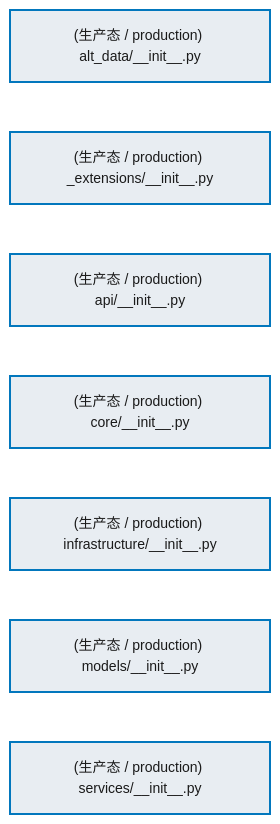
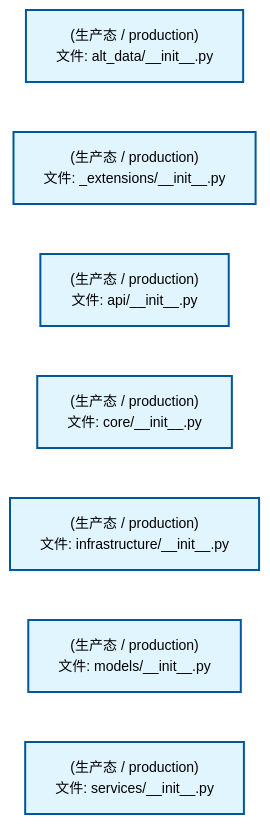
One commit to xuanFelixVan/ZephyrAlpha changed the second of 2 diagrams in docs/02_enterprise_architecture/02_domain_architecture_docs/09_d_alt_data.md. Above: the diagram before and after it, drawn with Mermaid. The commit also changed other lines of this file and 75 other files, not shown here.

````diff
--- a/docs/02_enterprise_architecture/02_domain_architecture_docs/09_d_alt_data.md
+++ b/docs/02_enterprise_architecture/02_domain_architecture_docs/09_d_alt_data.md
@@ -96,22 +96,22 @@
 ```mermaid
 %%{init: {'theme': 'base', 'themeVariables': {'primaryColor': '#eaeaea', 'primaryTextColor': '#333333', 'primaryBorderColor': '#666666', 'lineColor': '#666666', 'secondaryColor': '#eaeaea', 'tertiaryColor': '#eaeaea', 'fontSize': '14px'}}}%%
 flowchart TD
-    src_zephyr_alt_data_init_py["(生产态 / production) alt_data/__init__.py"]
-    src_zephyr_alt_data_extensions_init_py["(生产态 / production) _extensions/__init__.py"]
-    src_zephyr_alt_data_api_init_py["(生产态 / production) api/__init__.py"]
-    src_zephyr_alt_data_core_init_py["(生产态 / production) core/__init__.py"]
-    src_zephyr_alt_data_infrastructure_init_py["(生产态 / production) infrastructure/__init__.py"]
-    src_zephyr_alt_data_models_init_py["(生产态 / production) models/__init__.py"]
-    src_zephyr_alt_data_services_init_py["(生产态 / production) services/__init__.py"]
+    src_zephyr_alt_data_init_py["(生产态 / production)<br/>文件: alt_data/__init__.py"]
+    src_zephyr_alt_data_extensions_init_py["(生产态 / production)<br/>文件: _extensions/__init__.py"]
+    src_zephyr_alt_data_api_init_py["(生产态 / production)<br/>文件: api/__init__.py"]
+    src_zephyr_alt_data_core_init_py["(生产态 / production)<br/>文件: core/__init__.py"]
+    src_zephyr_alt_data_infrastructure_init_py["(生产态 / production)<br/>文件: infrastructure/__init__.py"]
+    src_zephyr_alt_data_models_init_py["(生产态 / production)<br/>文件: models/__init__.py"]
+    src_zephyr_alt_data_services_init_py["(生产态 / production)<br/>文件: services/__init__.py"]
     src_zephyr_alt_data_init_py ~~~ src_zephyr_alt_data_extensions_init_py
     src_zephyr_alt_data_extensions_init_py ~~~ src_zephyr_alt_data_api_init_py
     src_zephyr_alt_data_api_init_py ~~~ src_zephyr_alt_data_core_init_py
     src_zephyr_alt_data_core_init_py ~~~ src_zephyr_alt_data_infrastructure_init_py
     src_zephyr_alt_data_infrastructure_init_py ~~~ src_zephyr_alt_data_models_init_py
     src_zephyr_alt_data_models_init_py ~~~ src_zephyr_alt_data_services_init_py
-    classDef production fill:#e8edf2,stroke:#0277bd,stroke-width:2px,color:#1a1a1a
-    classDef design fill:#f0ebe3,stroke:#bf360c,stroke-width:2px,color:#1a1a1a,stroke-dasharray: 5 5
-    classDef external_prod fill:#e8efe9,stroke:#1b5e20,stroke-width:1px,color:#1a1a1a
-    classDef external_design fill:#efe5ea,stroke:#880e4f,stroke-width:1px,color:#1a1a1a,stroke-dasharray: 5 5
+    classDef production fill:#e1f5fe,stroke:#01579b,stroke-width:2px,color:#000
+    classDef design fill:#fff3e0,stroke:#e65100,stroke-width:2px,color:#000,stroke-dasharray: 5 5
+    classDef external_prod fill:#e8f4fd,stroke:#0277bd,stroke-width:1px,color:#000
+    classDef external_design fill:#fff8e7,stroke:#ef6c00,stroke-width:1px,color:#000,stroke-dasharray: 5 5
     class src_zephyr_alt_data_init_py,src_zephyr_alt_data_extensions_init_py,src_zephyr_alt_data_api_init_py,src_zephyr_alt_data_core_init_py,src_zephyr_alt_data_infrastructure_init_py,src_zephyr_alt_data_models_init_py,src_zephyr_alt_data_services_init_py production
 ```
````
